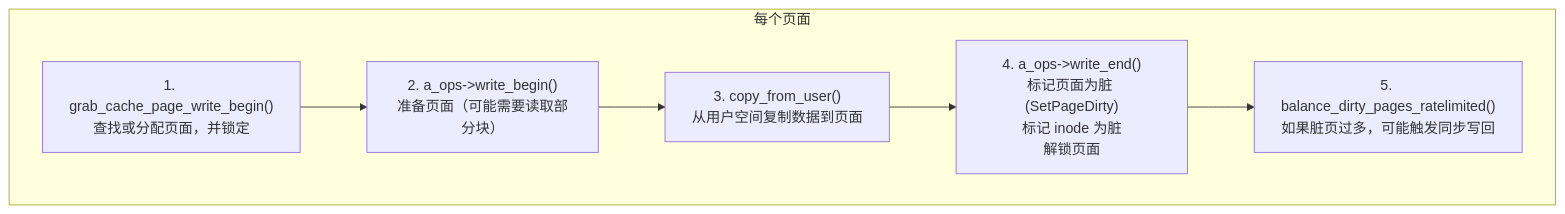
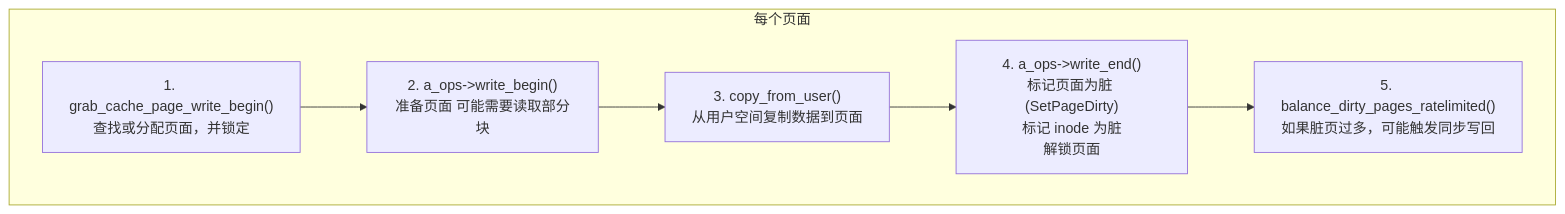
Before and after one commit to jpixy/jpixy.github.io: the ninth of 16 diagrams in content/articles/linux/linux-28-内核笔试题-文件系统与VFS.md, drawn with Mermaid. The commit also changed other lines of this file and 66 other files, not shown here.

Commit message:
fix: resolve Mermaid syntax errors by removing parentheses in node labels

````diff
--- a/content/articles/linux/linux-28-内核笔试题-文件系统与VFS.md
+++ b/content/articles/linux/linux-28-内核笔试题-文件系统与VFS.md
@@ -617,12 +617,12 @@
 ```mermaid
 graph TB
     subgraph 每个页面
         GRAB["1. grab_cache_page_write_begin()<br/>查找或分配页面，并锁定"]
-        BEGIN["2. a_ops->write_begin()<br/>准备页面（可能需要读取部分块）"]
+        BEGIN["2. a_ops->write_begin()<br/>准备页面 可能需要读取部分块"]
         COPY["3. copy_from_user()<br/>从用户空间复制数据到页面"]
         END["4. a_ops->write_end()<br/>标记页面为脏 (SetPageDirty)<br/>标记 inode 为脏<br/>解锁页面"]
         BALANCE["5. balance_dirty_pages_ratelimited()<br/>如果脏页过多，可能触发同步写回"]
     end
     
     GRAB --> BEGIN --> COPY --> END --> BALANCE
 ```
````
